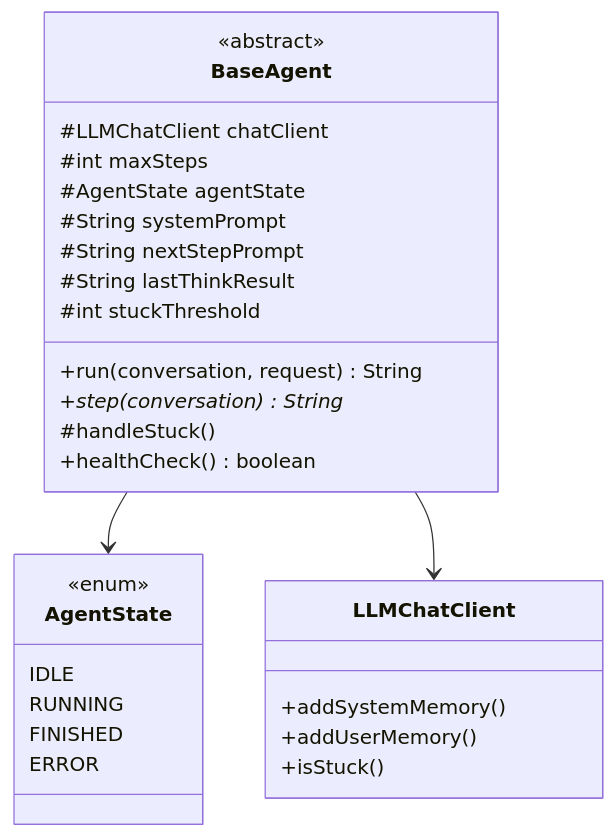
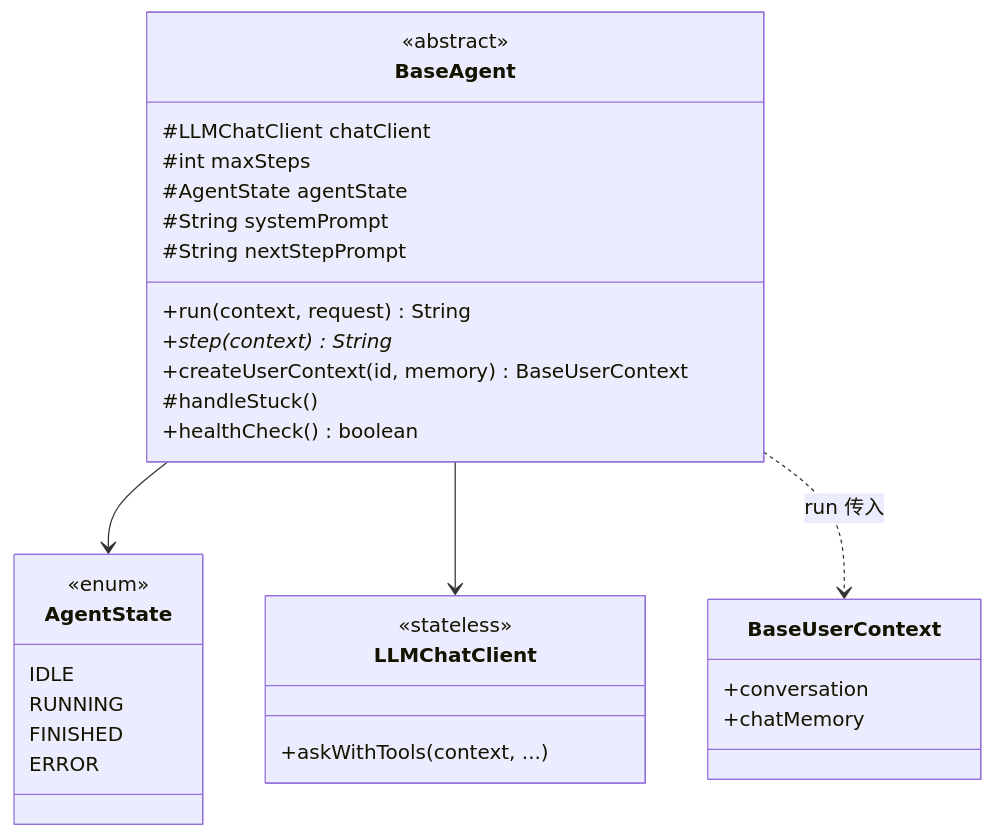
Before and after one commit to jixie-wish/Janus: the third of 14 diagrams in core/docs/AGENT-FLOW.md, drawn with Mermaid. The commit also changed other lines of this file and 24 other files, not shown here.

Commit message:
introduce user context

````diff
--- a/core/docs/AGENT-FLOW.md
+++ b/core/docs/AGENT-FLOW.md
@@ -23,34 +176,38 @@
 ```mermaid
 classDiagram
     class BaseAgent {
         <<abstract>>
         #LLMChatClient chatClient
         #int maxSteps
         #AgentState agentState
         #String systemPrompt
         #String nextStepPrompt
-        #String lastThinkResult
-        #int stuckThreshold
-        +run(conversation, request) String
-        +step(conversation)* String
+        +run(context, request) String
+        +step(context)* String
+        +createUserContext(id, memory) BaseUserContext
         #handleStuck()
         +healthCheck() boolean
     }
 
     class AgentState {
         <<enum>>
         IDLE
         RUNNING
         FINISHED
         ERROR
     }
 
+    class BaseUserContext {
+        +conversation
+        +chatMemory
+    }
+
     class LLMChatClient {
-        +addSystemMemory()
-        +addUserMemory()
-        +isStuck()
+        <<stateless>>
+        +askWithTools(context, ...)
     }
 
     BaseAgent --> AgentState
     BaseAgent --> LLMChatClient
+    BaseAgent ..> BaseUserContext : run 传入
 ```
````
